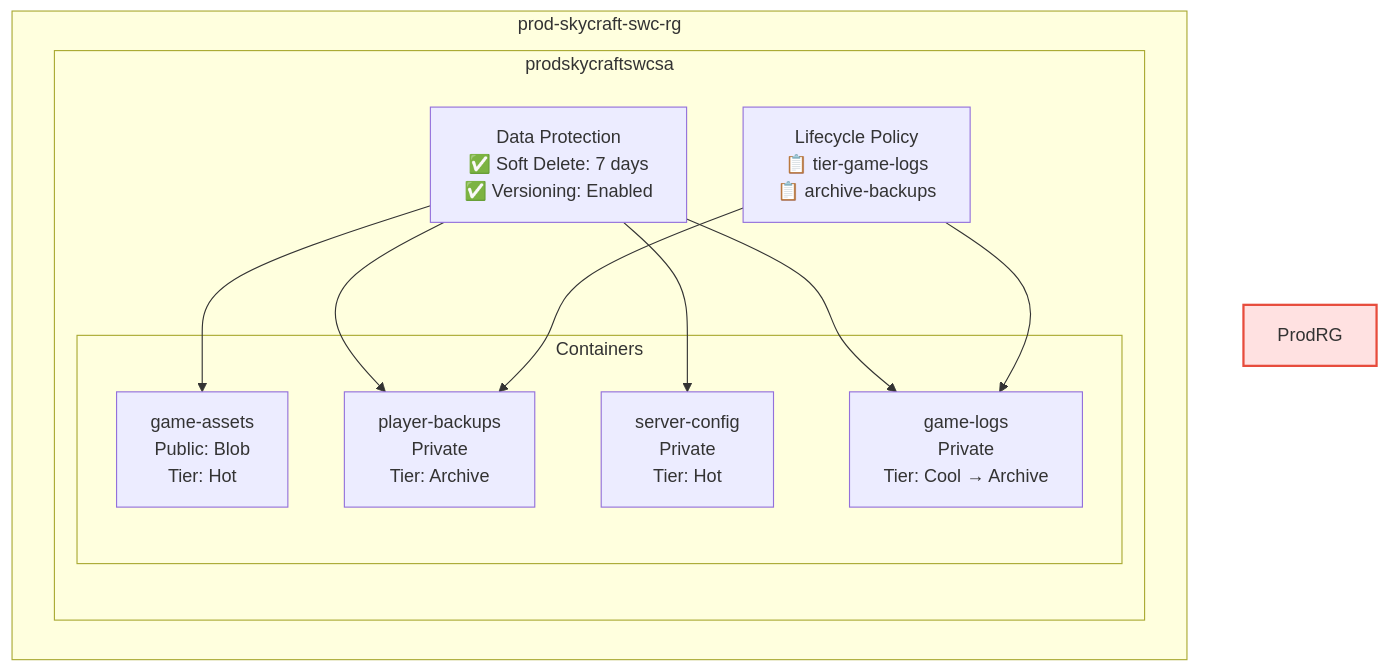
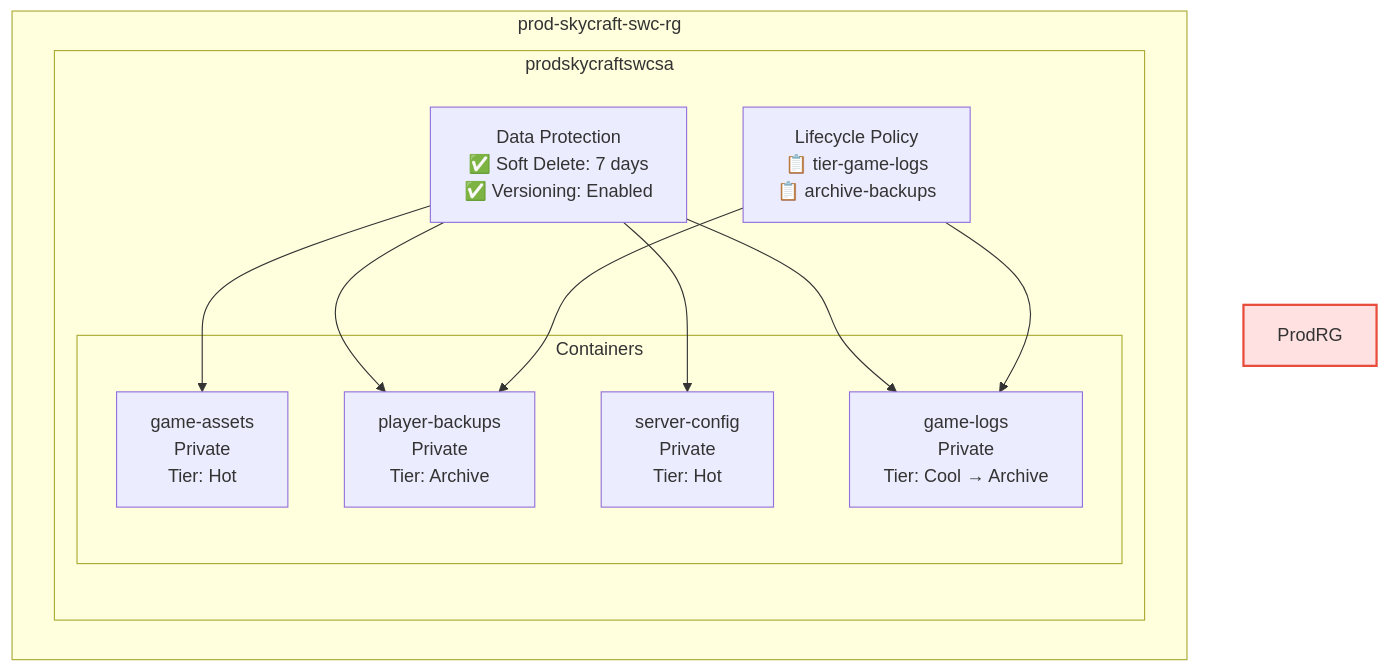
One commit to mbiszczanik/skycraft changed the first of 2 diagrams in module-4-storage/4.2-blob-storage/lab-guide-4.2.md. Above: the diagram before and after it, drawn with Mermaid. The commit also changed other lines of this file and 96 other files, not shown here.

````diff
--- a/module-4-storage/4.2-blob-storage/lab-guide-4.2.md
+++ b/module-4-storage/4.2-blob-storage/lab-guide-4.2.md
@@ -20,25 +20,25 @@
 ```mermaid
 graph TB
     subgraph "prod-skycraft-swc-rg"
         style ProdRG fill:#ffe1e1,stroke:#e74c3c,stroke-width:2px
 
         subgraph "prodskycraftswcsa"
             subgraph "Containers"
-                Assets["game-assets<br/>Public: Blob<br/>Tier: Hot"]
+                Assets["game-assets<br/>Private<br/>Tier: Hot"]
                 Backups["player-backups<br/>Private<br/>Tier: Archive"]
                 Config["server-config<br/>Private<br/>Tier: Hot"]
                 Logs["game-logs<br/>Private<br/>Tier: Cool → Archive"]
             end
 
             DataProtection["Data Protection<br/>✅ Soft Delete: 7 days<br/>✅ Versioning: Enabled"]
             Lifecycle["Lifecycle Policy<br/>📋 tier-game-logs<br/>📋 archive-backups"]
         end
     end
 
     DataProtection --> Assets
     DataProtection --> Backups
     DataProtection --> Config
     DataProtection --> Logs
     Lifecycle --> Logs
     Lifecycle --> Backups
 ```
````
